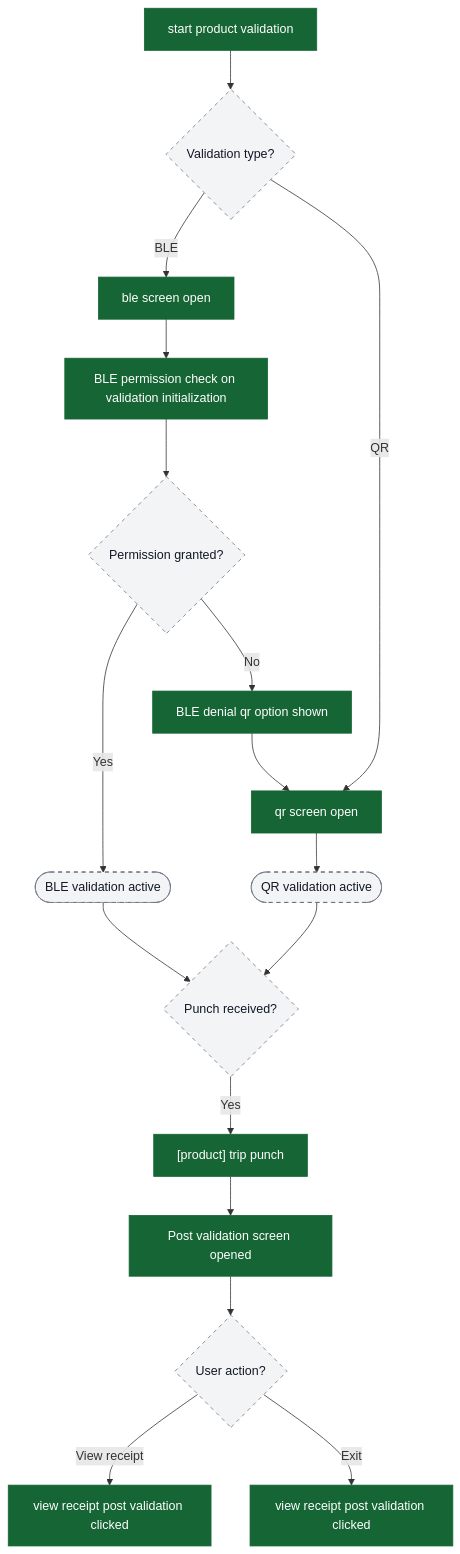
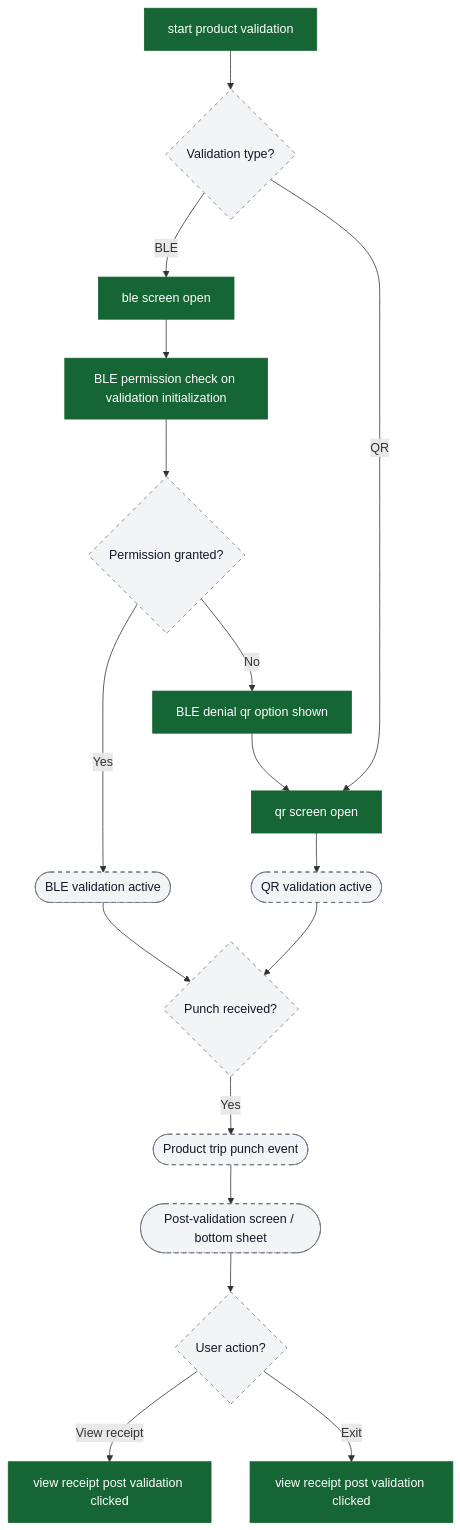
One commit to ratulsarna/chalo-app-dashboard changed the ninth of 9 diagrams in content/analytics/validation/flow-diagrams.md. Above: the diagram before and after it, drawn with Mermaid. The commit also changed other lines of this file and 2 other files, not shown here.

First line of the commit message:
refactor: update flow diagrams for validation events and user interactions

````diff
--- a/content/analytics/validation/flow-diagrams.md
+++ b/content/analytics/validation/flow-diagrams.md
@@ -257,33 +283,33 @@
 ```mermaid
 flowchart TD
   ev_start["start product validation"] --> ui_validationType{Validation type?}
 
   ui_validationType -->|BLE| ev_bleOpen["ble screen open"]
   ui_validationType -->|QR| ev_qrOpen["qr screen open"]
 
   ev_bleOpen --> ev_permCheck["BLE permission check on validation initialization"]
   ev_permCheck --> ui_permResult{Permission granted?}
 
   ui_permResult -->|Yes| ui_bleActive([BLE validation active])
   ui_permResult -->|No| ev_qrFallback["BLE denial qr option shown"]
   ev_qrFallback --> ev_qrOpen
 
   ev_qrOpen --> ui_qrActive([QR validation active])
 
   ui_bleActive --> ui_punchNotification{Punch received?}
   ui_qrActive --> ui_punchNotification
 
-  ui_punchNotification -->|Yes| ev_punch["[product] trip punch"]
-  ev_punch --> ev_postValOpen["Post validation screen opened"]
+  ui_punchNotification -->|Yes| ui_punch([Product trip punch event])
+  ui_punch --> ui_postValOpen([Post-validation screen / bottom sheet])
 
-  ev_postValOpen --> ui_postAction{User action?}
+  ui_postValOpen --> ui_postAction{User action?}
   ui_postAction -->|View receipt| ev_viewReceipt["view receipt post validation clicked"]
   ui_postAction -->|Exit| ev_exit["view receipt post validation clicked"]
 
   classDef event fill:#166534,stroke:#166534,color:#ffffff;
   classDef ui fill:#f3f4f6,stroke:#6b7280,stroke-dasharray: 5 5,color:#111827;
   classDef external fill:#ffffff,stroke:#6b7280,stroke-dasharray: 3 3,color:#111827;
 
-  class ev_start,ev_bleOpen,ev_qrOpen,ev_permCheck,ev_qrFallback,ev_punch,ev_postValOpen,ev_viewReceipt,ev_exit event;
-  class ui_validationType,ui_permResult,ui_bleActive,ui_qrActive,ui_punchNotification,ui_postAction ui;
+  class ev_start,ev_bleOpen,ev_qrOpen,ev_permCheck,ev_qrFallback,ev_viewReceipt,ev_exit event;
+  class ui_validationType,ui_permResult,ui_bleActive,ui_qrActive,ui_punchNotification,ui_punch,ui_postValOpen,ui_postAction ui;
 ```
````
